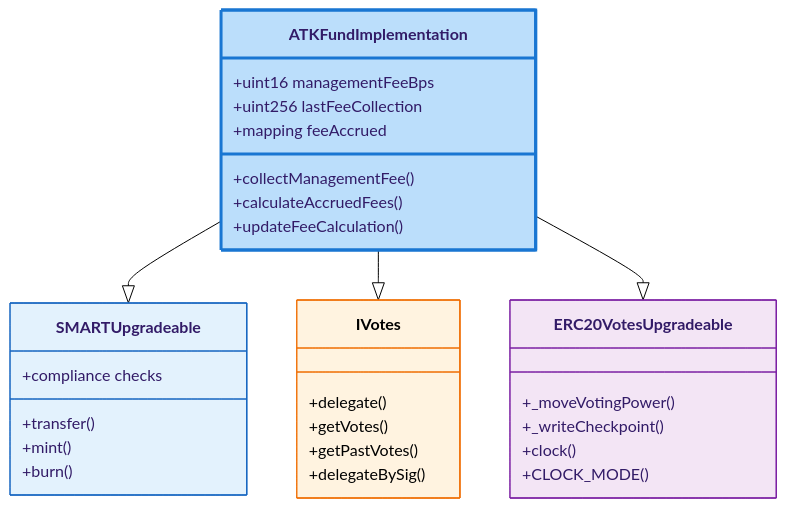
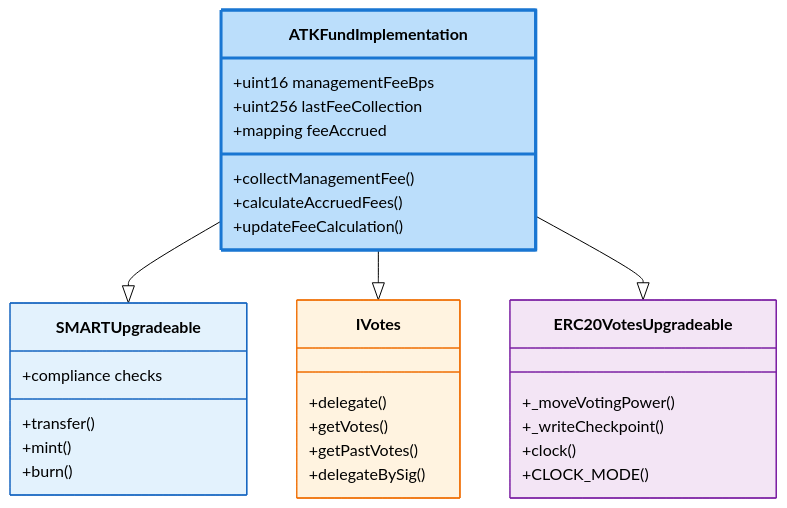
The first of 7 diagrams in designdocs/05-fund-asset-workflow.md (settlemint/asset-tokenization-kit), drawn with Mermaid (forest theme) before and after one commit. The commit also changed other lines of this file and 18 other files, not shown here.

````diff
--- a/designdocs/05-fund-asset-workflow.md
+++ b/designdocs/05-fund-asset-workflow.md
@@ -9,42 +9,42 @@
 ```mermaid
 classDiagram
     class ATKFundImplementation {
         +uint16 managementFeeBps
         +uint256 lastFeeCollection
         +mapping feeAccrued
         
         +collectManagementFee()
         +calculateAccruedFees()
         +updateFeeCalculation()
     }
     
     class SMARTUpgradeable {
         +transfer()
         +mint()
         +burn()
         +compliance checks
     }
     
     class IVotes {
         +delegate()
         +getVotes()
         +getPastVotes()
         +delegateBySig()
     }
     
     class ERC20VotesUpgradeable {
         +_moveVotingPower()
         +_writeCheckpoint()
         +clock()
         +CLOCK_MODE()
     }
     
     ATKFundImplementation --|> SMARTUpgradeable
     ATKFundImplementation --|> IVotes
     ATKFundImplementation --|> ERC20VotesUpgradeable
     
-    style ATKFundImplementation fill:#bbdefb,stroke:#1976d2,stroke-width:3px
-    style SMARTUpgradeable fill:#e3f2fd,stroke:#1565c0
-    style IVotes fill:#fff3e0,stroke:#ef6c00,color:#000000,color:#000000
-    style ERC20VotesUpgradeable fill:#f3e5f5,stroke:#7b1fa2
+    style ATKFundImplementation fill:#bbdefb,stroke:#1976d2,color:#000000,stroke-width:3px
+    style SMARTUpgradeable fill:#e3f2fd,stroke:#1565c0,color:#000000
+    style IVotes fill:#fff3e0,stroke:#ef6c00,color:#000000
+    style ERC20VotesUpgradeable fill:#f3e5f5,stroke:#7b1fa2,color:#000000
 ```
````
